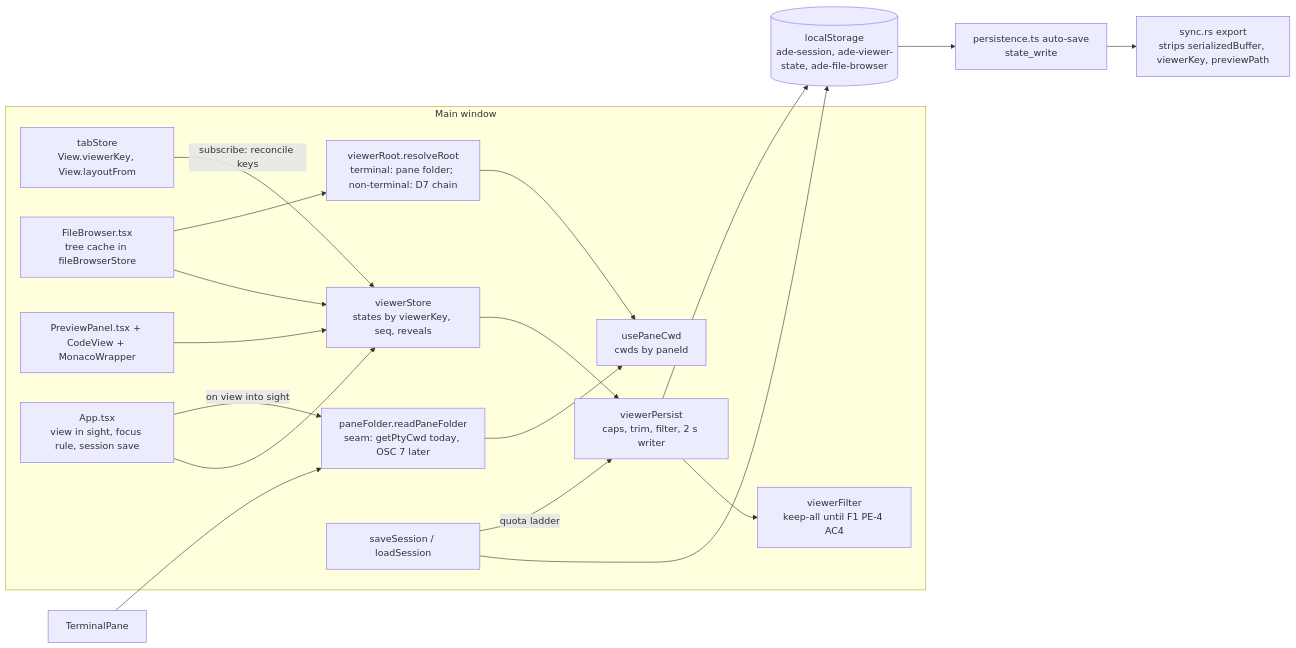
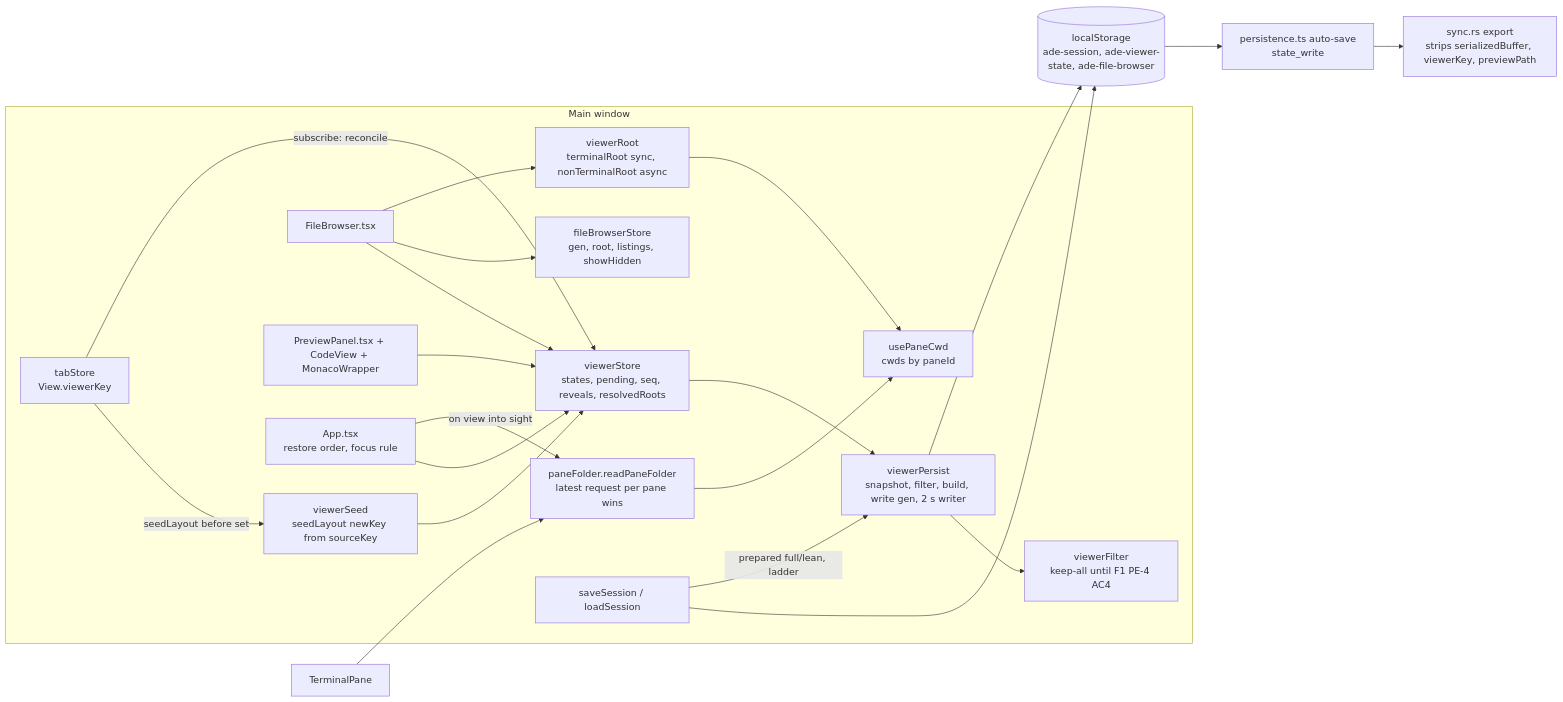
Before and after one commit to alvin-reyes/better-agentic-ide: the first of 3 diagrams in docs/superpowers/specs/2026-11-10-per-view-viewer-design.md, drawn with Mermaid. The commit also changed other lines of this file and 4 other files, not shown here.

````diff
--- a/docs/superpowers/specs/2026-11-10-per-view-viewer-design.md
+++ b/docs/superpowers/specs/2026-11-10-per-view-viewer-design.md
@@ -38,36 +46,41 @@
 ```mermaid
 flowchart LR
   subgraph Main window
-    TS[tabStore<br/>View.viewerKey, View.layoutFrom]
-    VS[viewerStore<br/>states by viewerKey, seq, reveals]
+    TS[tabStore<br/>View.viewerKey]
+    SD[viewerSeed<br/>seedLayout newKey from sourceKey]
+    VS[viewerStore<br/>states, pending, seq, reveals, resolvedRoots]
     PC[usePaneCwd<br/>cwds by paneId]
-    PF[paneFolder.readPaneFolder<br/>seam: getPtyCwd today, OSC 7 later]
-    VR[viewerRoot.resolveRoot<br/>terminal: pane folder; non-terminal: D7 chain]
-    FB[FileBrowser.tsx<br/>tree cache in fileBrowserStore]
+    PF[paneFolder.readPaneFolder<br/>latest request per pane wins]
+    VR[viewerRoot<br/>terminalRoot sync, nonTerminalRoot async]
+    FBS[fileBrowserStore<br/>gen, root, listings, showHidden]
+    FB[FileBrowser.tsx]
     PP[PreviewPanel.tsx + CodeView + MonacoWrapper]
-    APP[App.tsx<br/>view in sight, focus rule, session save]
-    VP[viewerPersist<br/>caps, trim, filter, 2 s writer]
+    APP[App.tsx<br/>restore order, focus rule]
+    VP[viewerPersist<br/>snapshot, filter, build, write gen, 2 s writer]
     FL[viewerFilter<br/>keep-all until F1 PE-4 AC4]
     SS[saveSession / loadSession]
   end
   LS[(localStorage<br/>ade-session, ade-viewer-state, ade-file-browser)]
   AS[persistence.ts auto-save<br/>state_write]
   SY[sync.rs export<br/>strips serializedBuffer, viewerKey, previewPath]
 
-  TS -- subscribe: reconcile keys --> VS
+  TS -- seedLayout before set --> SD
+  TS -- subscribe: reconcile --> VS
+  SD --> VS
   APP --> VS
   FB --> VS
+  FB --> FBS
   PP --> VS
   FB --> VR
   VR --> PC
   PF --> PC
   TerminalPane --> PF
   APP -- on view into sight --> PF
   VS --> VP
   VP --> FL
   VP --> LS
   SS --> LS
-  SS -- quota ladder --> VP
+  SS -- prepared full/lean, ladder --> VP
   LS --> AS
   AS --> SY
 ```
````
